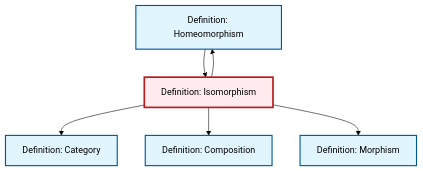
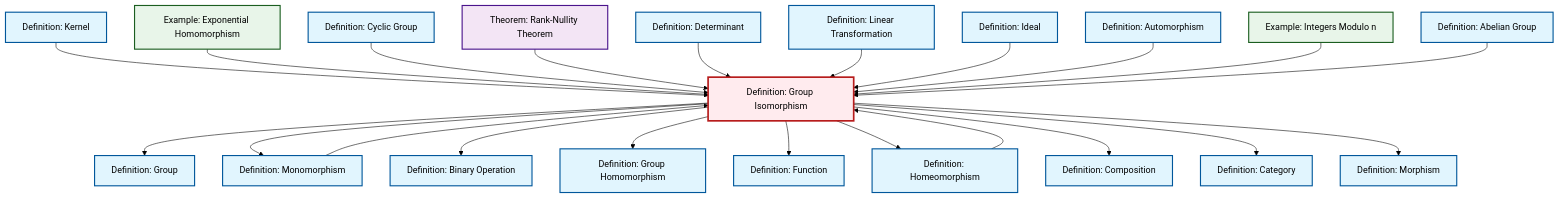
One commit to RK0429/ModernMath changed the diagram in content/ja/category-theory/def-isomorphism.qmd. Above: the diagram before and after it, drawn with Mermaid (forest theme). The commit also changed other lines of this file and 581 other files, not shown here.

````diff
--- a/content/ja/category-theory/def-isomorphism.qmd
+++ b/content/ja/category-theory/def-isomorphism.qmd
@@ -88,24 +88,70 @@
 ```{mermaid}
 %%| fig-cap: "Local dependency graph"
 graph TD
     classDef definition fill:#e1f5fe,stroke:#01579b,stroke-width:2px
     classDef theorem fill:#f3e5f5,stroke:#4a148c,stroke-width:2px
     classDef axiom fill:#fff3e0,stroke:#e65100,stroke-width:2px
     classDef example fill:#e8f5e9,stroke:#1b5e20,stroke-width:2px
     classDef current fill:#ffebee,stroke:#b71c1c,stroke-width:3px
+    def-binary-operation["Definition: Binary Operation"]:::definition
+    def-function["Definition: Function"]:::definition
+    ex-exponential-homomorphism["Example: Exponential Homomorphism"]:::example
+    def-abelian-group["Definition: Abelian Group"]:::definition
+    def-isomorphism["Definition: Group Isomorphism"]:::definition
+    def-cyclic-group["Definition: Cyclic Group"]:::definition
     def-homeomorphism["Definition: Homeomorphism"]:::definition
-    def-category["Definition: Category"]:::definition
     def-composition["Definition: Composition"]:::definition
     def-morphism["Definition: Morphism"]:::definition
-    def-isomorphism["Definition: Isomorphism"]:::definition
+    def-category["Definition: Category"]:::definition
+    def-monomorphism["Definition: Monomorphism"]:::definition
+    def-homomorphism["Definition: Group Homomorphism"]:::definition
+    def-determinant["Definition: Determinant"]:::definition
+    thm-rank-nullity["Theorem: Rank-Nullity Theorem"]:::theorem
+    def-kernel["Definition: Kernel"]:::definition
+    def-group["Definition: Group"]:::definition
+    def-ideal["Definition: Ideal"]:::definition
+    def-linear-transformation["Definition: Linear Transformation"]:::definition
+    def-automorphism["Definition: Automorphism"]:::definition
+    ex-quotient-integers-mod-n["Example: Integers Modulo n"]:::example
+    def-homeomorphism --> def-isomorphism
+    def-isomorphism --> def-group
+    def-isomorphism --> def-monomorphism
+    def-kernel --> def-isomorphism
+    def-isomorphism --> def-binary-operation
+    def-isomorphism --> def-homomorphism
+    def-isomorphism --> def-function
+    ex-exponential-homomorphism --> def-isomorphism
+    def-cyclic-group --> def-isomorphism
+    thm-rank-nullity --> def-isomorphism
+    def-isomorphism --> def-homeomorphism
+    def-determinant --> def-isomorphism
+    def-linear-transformation --> def-isomorphism
+    def-ideal --> def-isomorphism
+    def-automorphism --> def-isomorphism
+    def-monomorphism --> def-isomorphism
+    def-isomorphism --> def-composition
+    ex-quotient-integers-mod-n --> def-isomorphism
+    def-abelian-group --> def-isomorphism
     def-isomorphism --> def-category
-    def-isomorphism --> def-composition
-    def-isomorphism --> def-homeomorphism
     def-isomorphism --> def-morphism
-    def-homeomorphism --> def-isomorphism
     class def-isomorphism current
+    click def-binary-operation "def-binary-operation.html" "Definition: Binary Operationへ"
+    click def-function "def-function.html" "Definition: Functionへ"
+    click ex-exponential-homomorphism "ex-exponential-homomorphism.html" "Example: Exponential Homomorphismへ"
+    click def-abelian-group "def-abelian-group.html" "Definition: Abelian Groupへ"
+    click def-cyclic-group "def-cyclic-group.html" "Definition: Cyclic Groupへ"
     click def-homeomorphism "def-homeomorphism.html" "Definition: Homeomorphismへ"
-    click def-category "def-category.html" "Definition: Categoryへ"
     click def-composition "def-composition.html" "Definition: Compositionへ"
     click def-morphism "def-morphism.html" "Definition: Morphismへ"
+    click def-category "def-category.html" "Definition: Categoryへ"
+    click def-monomorphism "def-monomorphism.html" "Definition: Monomorphismへ"
+    click def-homomorphism "def-homomorphism.html" "Definition: Group Homomorphismへ"
+    click def-determinant "def-determinant.html" "Definition: Determinantへ"
+    click thm-rank-nullity "thm-rank-nullity.html" "Theorem: Rank-Nullity Theoremへ"
+    click def-kernel "def-kernel.html" "Definition: Kernelへ"
+    click def-group "def-group.html" "Definition: Groupへ"
+    click def-ideal "def-ideal.html" "Definition: Idealへ"
+    click def-linear-transformation "def-linear-transformation.html" "Definition: Linear Transformationへ"
+    click def-automorphism "def-automorphism.html" "Definition: Automorphismへ"
+    click ex-quotient-integers-mod-n "ex-quotient-integers-mod-n.html" "Example: Integers Modulo nへ"
 ```
````
